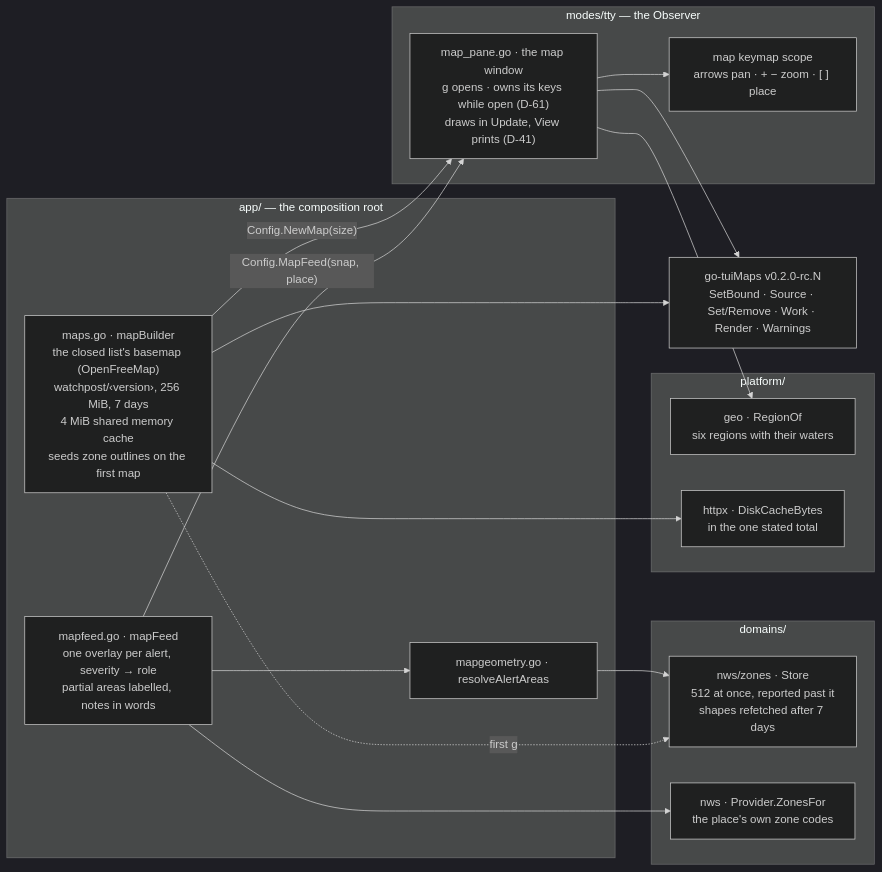
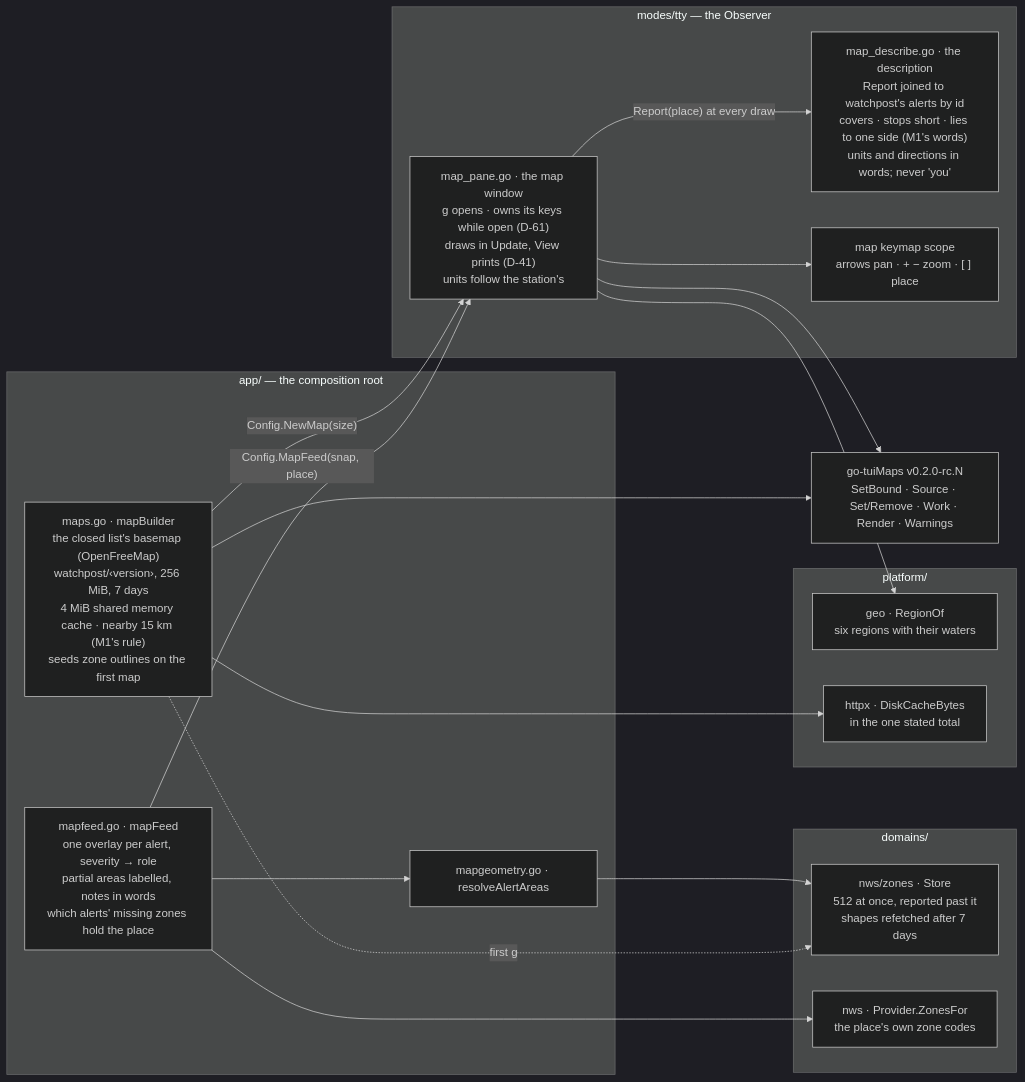
One commit to branden-thompson/watchpost changed the first of 2 diagrams in 06_docs/02_features/observer-maps/03-architecture-design/as-built-map.md. Above: the diagram before and after it, drawn with Mermaid (dark theme). The commit also changed other lines of this file and 12 other files, not shown here.

First line of the commit message:
0.18.0 W1 batch 6: the description, on Report, in M1's words (W9.2 folded)

````diff
--- a/06_docs/02_features/observer-maps/03-architecture-design/as-built-map.md
+++ b/06_docs/02_features/observer-maps/03-architecture-design/as-built-map.md
@@ -21,31 +21,33 @@
 ```mermaid
 flowchart LR
   subgraph app["app/ — the composition root"]
-    MB["maps.go · mapBuilder\nthe closed list's basemap (OpenFreeMap)\nwatchpost/‹version›, 256 MiB, 7 days\n4 MiB shared memory cache\nseeds zone outlines on the first map"]
-    MF["mapfeed.go · mapFeed\none overlay per alert, severity → role\npartial areas labelled, notes in words"]
+    MB["maps.go · mapBuilder\nthe closed list's basemap (OpenFreeMap)\nwatchpost/‹version›, 256 MiB, 7 days\n4 MiB shared memory cache · nearby 15 km (M1's rule)\nseeds zone outlines on the first map"]
+    MF["mapfeed.go · mapFeed\none overlay per alert, severity → role\npartial areas labelled, notes in words\nwhich alerts' missing zones hold the place"]
     MG["mapgeometry.go · resolveAlertAreas"]
   end
   subgraph domains["domains/"]
     ZS["nws/zones · Store\n512 at once, reported past it\nshapes refetched after 7 days"]
     WS["nws · Provider.ZonesFor\nthe place's own zone codes"]
   end
   subgraph tty["modes/tty — the Observer"]
-    MW["map_pane.go · the map window\ng opens · owns its keys while open (D-61)\ndraws in Update, View prints (D-41)"]
+    MW["map_pane.go · the map window\ng opens · owns its keys while open (D-61)\ndraws in Update, View prints (D-41)\nunits follow the station's"]
+    MD["map_describe.go · the description\nReport joined to watchpost's alerts by id\ncovers · stops short · lies to one side (M1's words)\nunits and directions in words; never 'you'"]
     MK["map keymap scope\narrows pan · + − zoom · [ ] place"]
   end
   subgraph plat["platform/"]
     RG["geo · RegionOf\nsix regions with their waters"]
     HX["httpx · DiskCacheBytes\nin the one stated total"]
   end
   L["go-tuiMaps v0.2.0-rc.N\nSetBound · Source · Set/Remove · Work · Render · Warnings"]
   MB -- "Config.NewMap(size)" --> MW
   MF -- "Config.MapFeed(snap, place)" --> MW
   MF --> MG --> ZS
   MF --> WS
   MB -. "first g" .-> ZS
   MW --> RG
   MW --> MK
+  MW -- "Report(place) at every draw" --> MD
   MW --> L
   MB --> L
   MB --> HX
 ```
````
